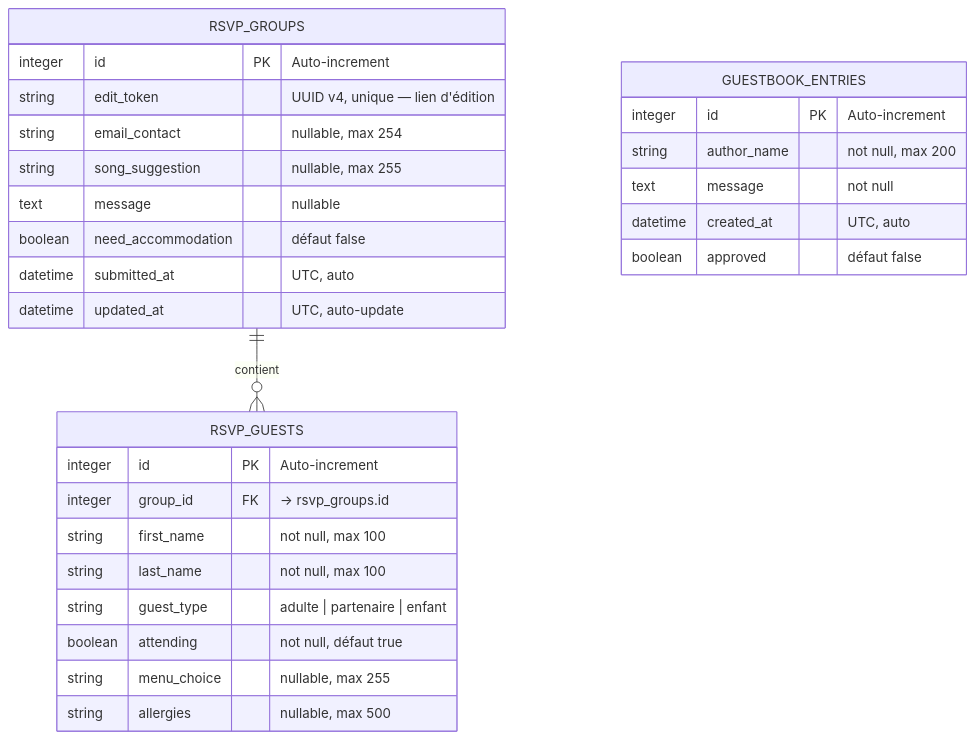
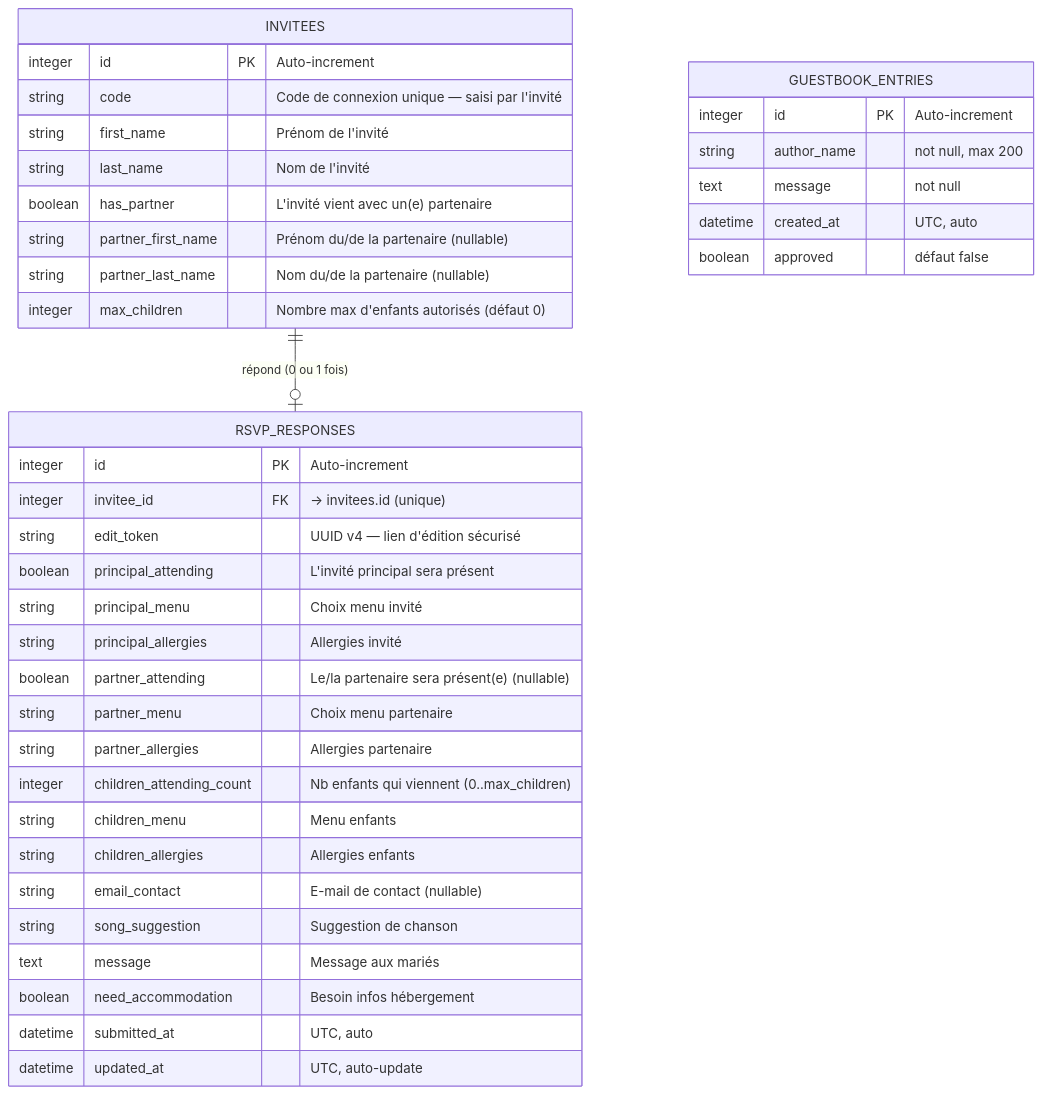
The first of 4 diagrams in docs/DATABASE.md (queezzy/wedding_project), drawn with Mermaid before and after one commit. The commit also changed other lines of this file and 3 other files, not shown here.

````diff
--- a/docs/DATABASE.md
+++ b/docs/DATABASE.md
@@ -25,34 +25,44 @@
 ```mermaid
 erDiagram
-    RSVP_GROUPS {
-        integer  id              PK  "Auto-increment"
-        string   edit_token          "UUID v4, unique — lien d'édition"
-        string   email_contact       "nullable, max 254"
-        string   song_suggestion     "nullable, max 255"
-        text     message             "nullable"
-        boolean  need_accommodation  "défaut false"
-        datetime submitted_at        "UTC, auto"
-        datetime updated_at          "UTC, auto-update"
+    INVITEES {
+        integer  id               PK  "Auto-increment"
+        string   code                 "Code de connexion unique — saisi par l'invité"
+        string   first_name           "Prénom de l'invité"
+        string   last_name            "Nom de l'invité"
+        boolean  has_partner          "L'invité vient avec un(e) partenaire"
+        string   partner_first_name   "Prénom du/de la partenaire (nullable)"
+        string   partner_last_name    "Nom du/de la partenaire (nullable)"
+        integer  max_children         "Nombre max d'enfants autorisés (défaut 0)"
     }
 
-    RSVP_GUESTS {
-        integer  id          PK  "Auto-increment"
-        integer  group_id    FK  "→ rsvp_groups.id"
-        string   first_name      "not null, max 100"
-        string   last_name       "not null, max 100"
-        string   guest_type      "adulte | partenaire | enfant"
-        boolean  attending       "not null, défaut true"
-        string   menu_choice     "nullable, max 255"
-        string   allergies       "nullable, max 500"
+    RSVP_RESPONSES {
+        integer  id                       PK  "Auto-increment"
+        integer  invitee_id               FK  "→ invitees.id (unique)"
+        string   edit_token                   "UUID v4 — lien d'édition sécurisé"
+        boolean  principal_attending          "L'invité principal sera présent"
+        string   principal_menu               "Choix menu invité"
+        string   principal_allergies          "Allergies invité"
+        boolean  partner_attending            "Le/la partenaire sera présent(e) (nullable)"
+        string   partner_menu                 "Choix menu partenaire"
+        string   partner_allergies            "Allergies partenaire"
+        integer  children_attending_count     "Nb enfants qui viennent (0..max_children)"
+        string   children_menu                "Menu enfants"
+        string   children_allergies           "Allergies enfants"
+        string   email_contact                "E-mail de contact (nullable)"
+        string   song_suggestion              "Suggestion de chanson"
+        text     message                      "Message aux mariés"
+        boolean  need_accommodation           "Besoin infos hébergement"
+        datetime submitted_at                 "UTC, auto"
+        datetime updated_at                   "UTC, auto-update"
     }
 
     GUESTBOOK_ENTRIES {
         integer  id           PK  "Auto-increment"
         string   author_name      "not null, max 200"
         text     message          "not null"
         datetime created_at       "UTC, auto"
         boolean  approved         "défaut false"
     }
 
-    RSVP_GROUPS ||--o{ RSVP_GUESTS : "contient"
+    INVITEES ||--o| RSVP_RESPONSES : "répond (0 ou 1 fois)"
 ```
````
